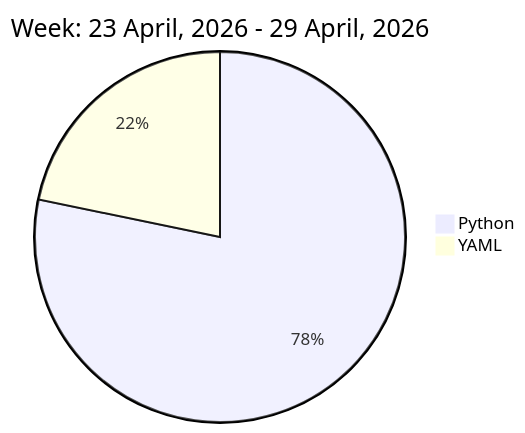
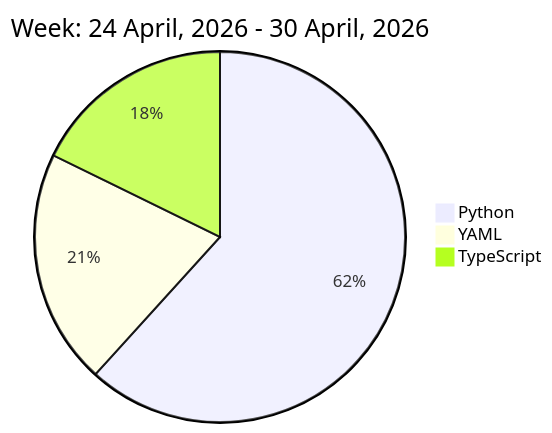
The diagram in README.md (liubin95/liubin95), drawn with Mermaid before and after one commit.

Commit message:
Updated the Graph with new Metrics

````diff
--- a/README.md
+++ b/README.md
@@ -32,6 +32,7 @@
 ```mermaid
  pie
-title Week: 23 April, 2026 - 29 April, 2026
- "Python" : 8.63
- "YAML" : 2.4
+title Week: 24 April, 2026 - 30 April, 2026
+ "Python" : 7.58
+ "YAML" : 2.52
+ "TypeScript" : 2.18
 ```
````
